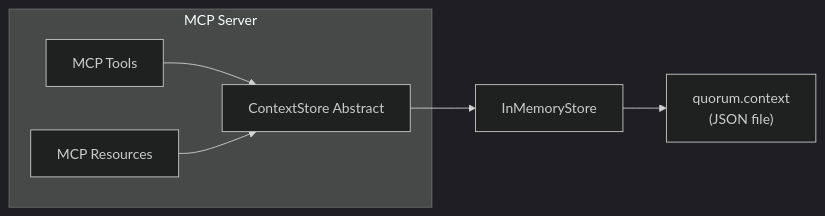
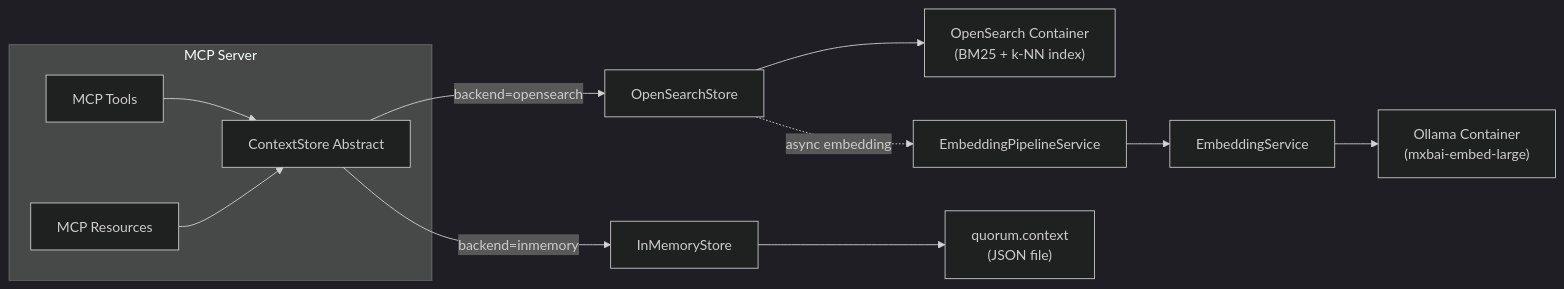
Before and after one commit to ia64mail/quorum: the diagram in docs/context-store.md, drawn with Mermaid (dark theme). The commit also changed other lines of this file and 2 other files, not shown here.

First line of the commit message:
QRM5-009: update docs to reflect OpenSearch hybrid search as active backend

````diff
--- a/docs/context-store.md
+++ b/docs/context-store.md
@@ -15,10 +15,17 @@
 ```mermaid
 graph LR
     subgraph "MCP Server"
         TOOLS[MCP Tools] --> CS[ContextStore Abstract]
         RES[MCP Resources] --> CS
     end
 
-    CS --> MEM[InMemoryStore]
+    CS -->|"backend=opensearch"| OS[OpenSearchStore]
+    CS -->|"backend=inmemory"| MEM[InMemoryStore]
+
+    OS --> OSC["OpenSearch Container<br/>(BM25 + k-NN index)"]
+    OS -.->|"async embedding"| EP[EmbeddingPipelineService]
+    EP --> ES[EmbeddingService]
+    ES --> OLL["Ollama Container<br/>(mxbai-embed-large)"]
+
     MEM --> FILE["quorum.context<br/>(JSON file)"]
 ```
````
